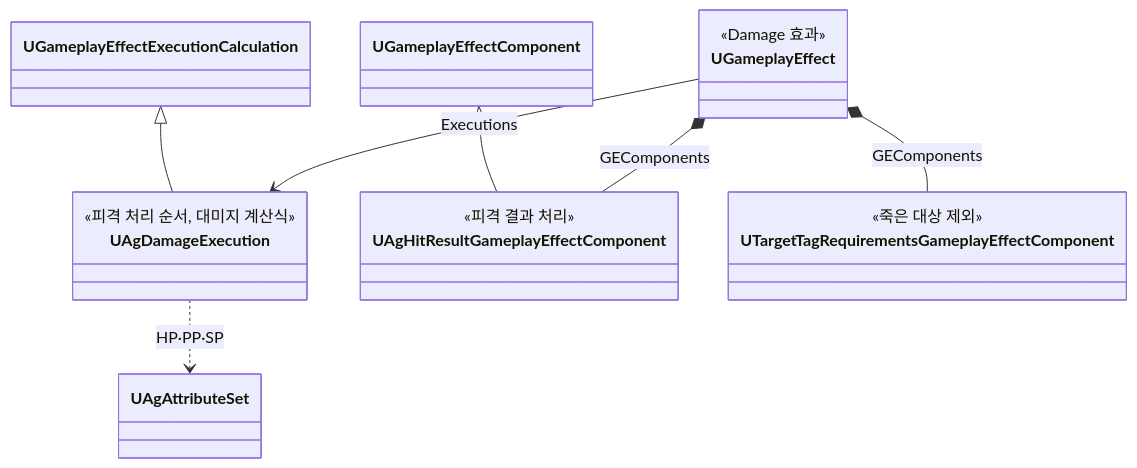
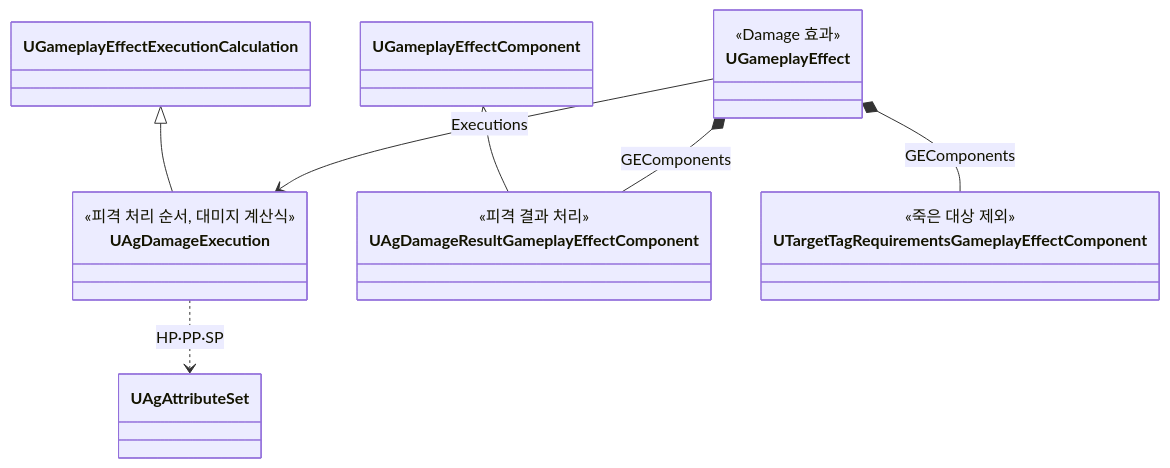
Before and after one commit to Woogl/Ag: the first of 3 diagrams in Docs/Program/대미지와 피격 처리.md, drawn with Mermaid. The commit also changed other lines of this file and 146 other files, not shown here.

Commit message:
구현: 전투 Task와 GameplayEffect 구조 정리 및 연출·문서 갱신

````diff
--- a/Docs/Program/대미지와 피격 처리.md
+++ b/Docs/Program/대미지와 피격 처리.md
@@ -27,22 +27,22 @@
 ```mermaid
 classDiagram
     direction TB
     class UGameplayEffect {
         <<Damage 효과>>
     }
     class UAgDamageExecution {
         <<피격 처리 순서, 대미지 계산식>>
     }
-    class UAgHitResultGameplayEffectComponent {
+    class UAgDamageResultGameplayEffectComponent {
         <<피격 결과 처리>>
     }
     class UTargetTagRequirementsGameplayEffectComponent {
         <<죽은 대상 제외>>
     }
     UGameplayEffectExecutionCalculation <|-- UAgDamageExecution
     UGameplayEffect --> UAgDamageExecution : Executions
-    UGameplayEffectComponent <|-- UAgHitResultGameplayEffectComponent
-    UGameplayEffect *-- UAgHitResultGameplayEffectComponent : GEComponents
+    UGameplayEffectComponent <|-- UAgDamageResultGameplayEffectComponent
+    UGameplayEffect *-- UAgDamageResultGameplayEffectComponent : GEComponents
     UGameplayEffect *-- UTargetTagRequirementsGameplayEffectComponent : GEComponents
     UAgDamageExecution ..> UAgAttributeSet : HP·PP·SP
 ```
````
